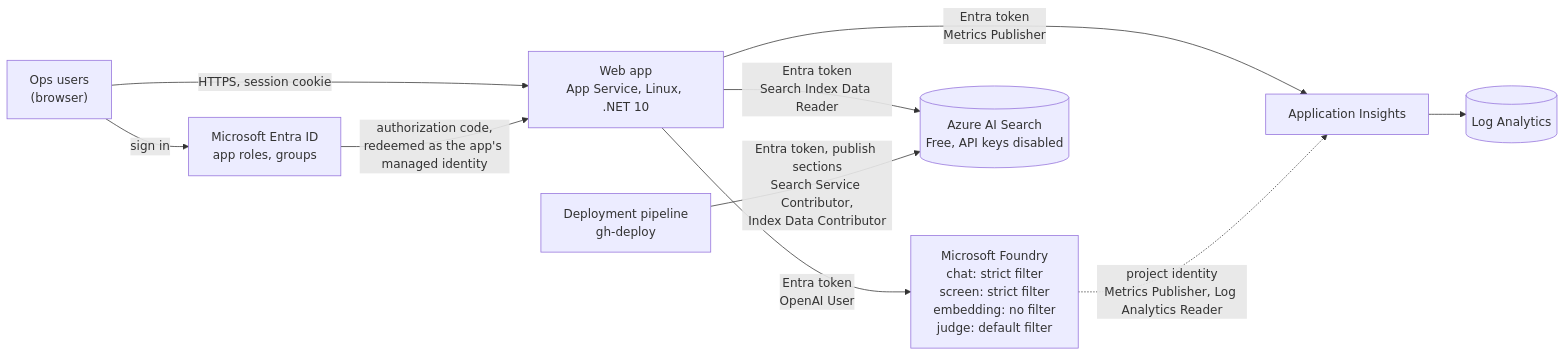
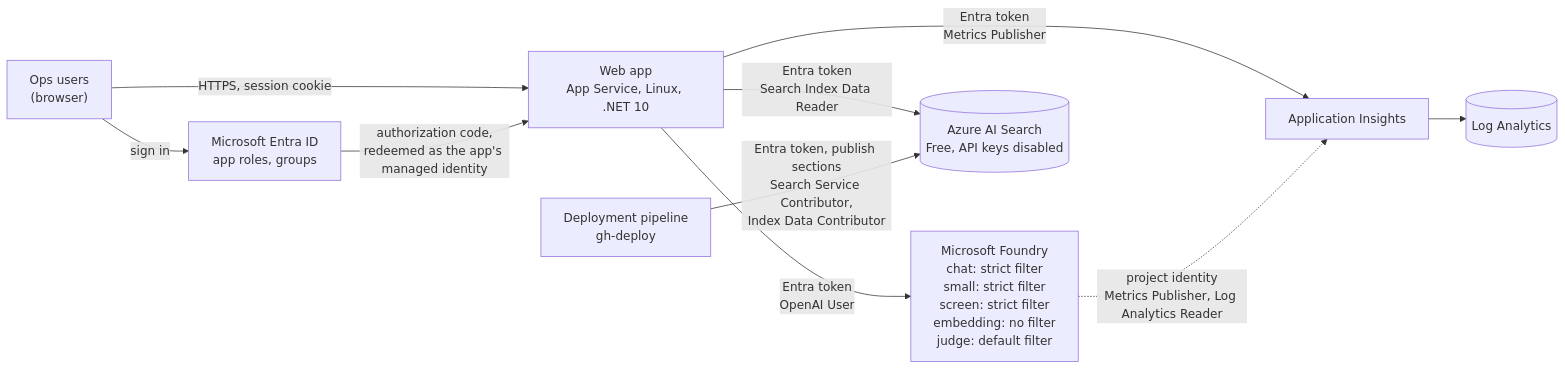
One commit to ankurparekh1988/payment-ops-investigation-agent changed the first of 8 diagrams in docs/Architecture.md. Above: the diagram before and after it, drawn with Mermaid. The commit also changed other lines of this file and 80 other files, not shown here.

````diff
--- a/docs/Architecture.md
+++ b/docs/Architecture.md
@@ -32,12 +32,12 @@
 ```mermaid
 flowchart LR
   U["Ops users<br/>(browser)"] -->|HTTPS, session cookie| APP["Web app<br/>App Service, Linux, .NET 10"]
   U -->|sign in| E["Microsoft Entra ID<br/>app roles, groups"]
   E -->|"authorization code,<br/>redeemed as the app's managed identity"| APP
-  APP -->|"Entra token<br/>OpenAI User"| F["Microsoft Foundry<br/>chat: strict filter<br/>screen: strict filter<br/>embedding: no filter<br/>judge: default filter"]
+  APP -->|"Entra token<br/>OpenAI User"| F["Microsoft Foundry<br/>chat: strict filter<br/>small: strict filter<br/>screen: strict filter<br/>embedding: no filter<br/>judge: default filter"]
   APP -->|"Entra token<br/>Search Index Data Reader"| S
   APP -->|"Entra token<br/>Metrics Publisher"| AI["Application Insights"]
   AI --> LA[("Log Analytics")]
   F -.->|"project identity<br/>Metrics Publisher, Log Analytics Reader"| AI
   CD["Deployment pipeline<br/>gh-deploy"] -->|"Entra token, publish sections<br/>Search Service Contributor,<br/>Index Data Contributor"| S[("Azure AI Search<br/>Free, API keys disabled")]
 ```
````
